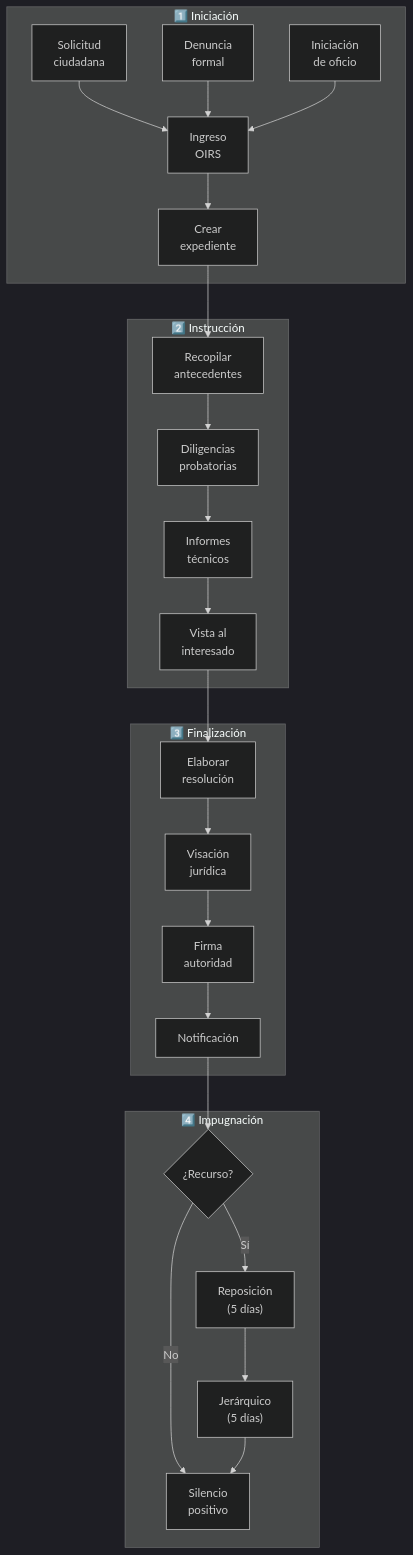
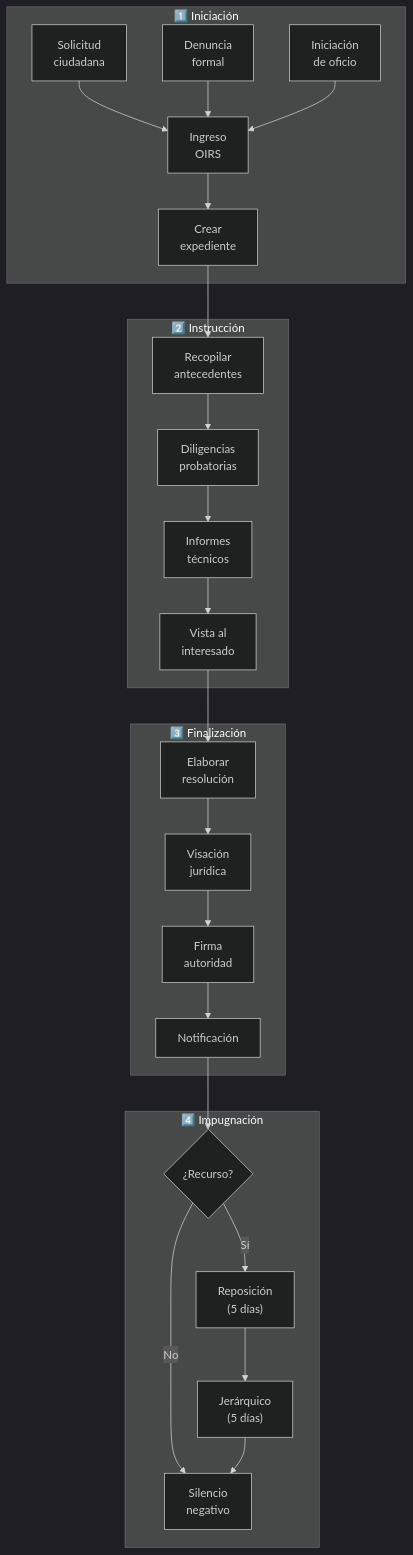
One commit to felix-antonio-sl/gore_os changed the fourth of 5 diagrams in docs/blueprint/domains/domain_d-norm.md. Above: the diagram before and after it, drawn with Mermaid (dark theme). The commit also changed other lines of this file and 26 other files, not shown here.

````diff
--- a/docs/blueprint/domains/domain_d-norm.md
+++ b/docs/blueprint/domains/domain_d-norm.md
@@ -356,36 +362,36 @@
 ```mermaid
 flowchart TD
     subgraph FASE1["1️⃣ Iniciación"]
         A["Solicitud<br/>ciudadana"] --> B["Ingreso<br/>OIRS"]
         C["Denuncia<br/>formal"] --> B
         D["Iniciación<br/>de oficio"] --> B
         B --> E["Crear<br/>expediente"]
     end
 
     subgraph FASE2["2️⃣ Instrucción"]
         F["Recopilar<br/>antecedentes"]
         G["Diligencias<br/>probatorias"]
         H["Informes<br/>técnicos"]
         I["Vista al<br/>interesado"]
     end
 
     subgraph FASE3["3️⃣ Finalización"]
         J["Elaborar<br/>resolución"]
         K["Visación<br/>jurídica"]
         L["Firma<br/>autoridad"]
         M["Notificación"]
     end
 
     subgraph FASE4["4️⃣ Impugnación"]
         N{"¿Recurso?"}
         O["Reposición<br/>(5 días)"]
         P["Jerárquico<br/>(5 días)"]
-        Q["Silencio<br/>positivo"]
+        Q["Silencio<br/>negativo"]
     end
 
     E --> F --> G --> H --> I --> J --> K --> L --> M --> N
     N -->|"Sí"| O
     N -->|"No"| Q
     O --> P
     P --> Q
 ```
````
